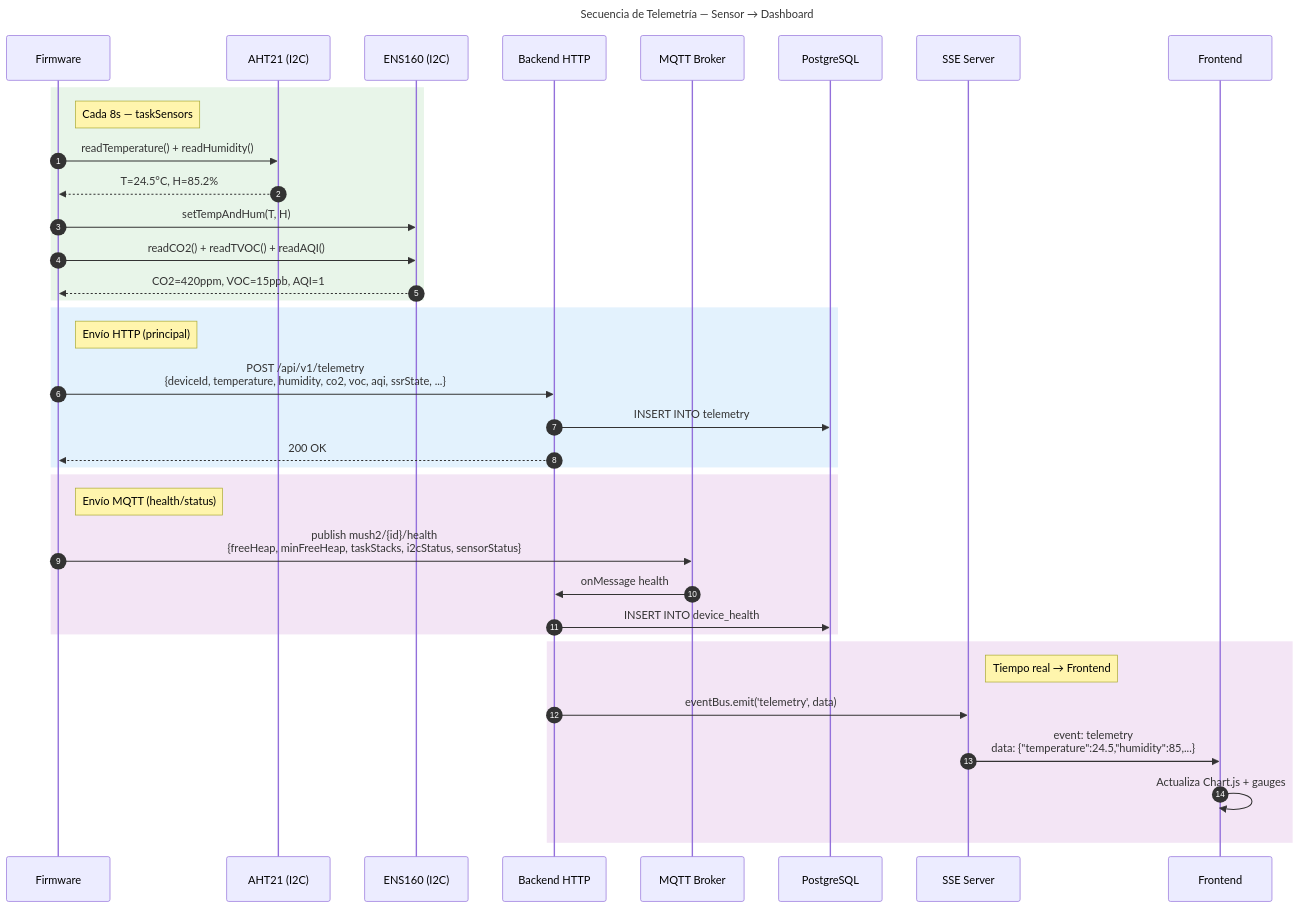
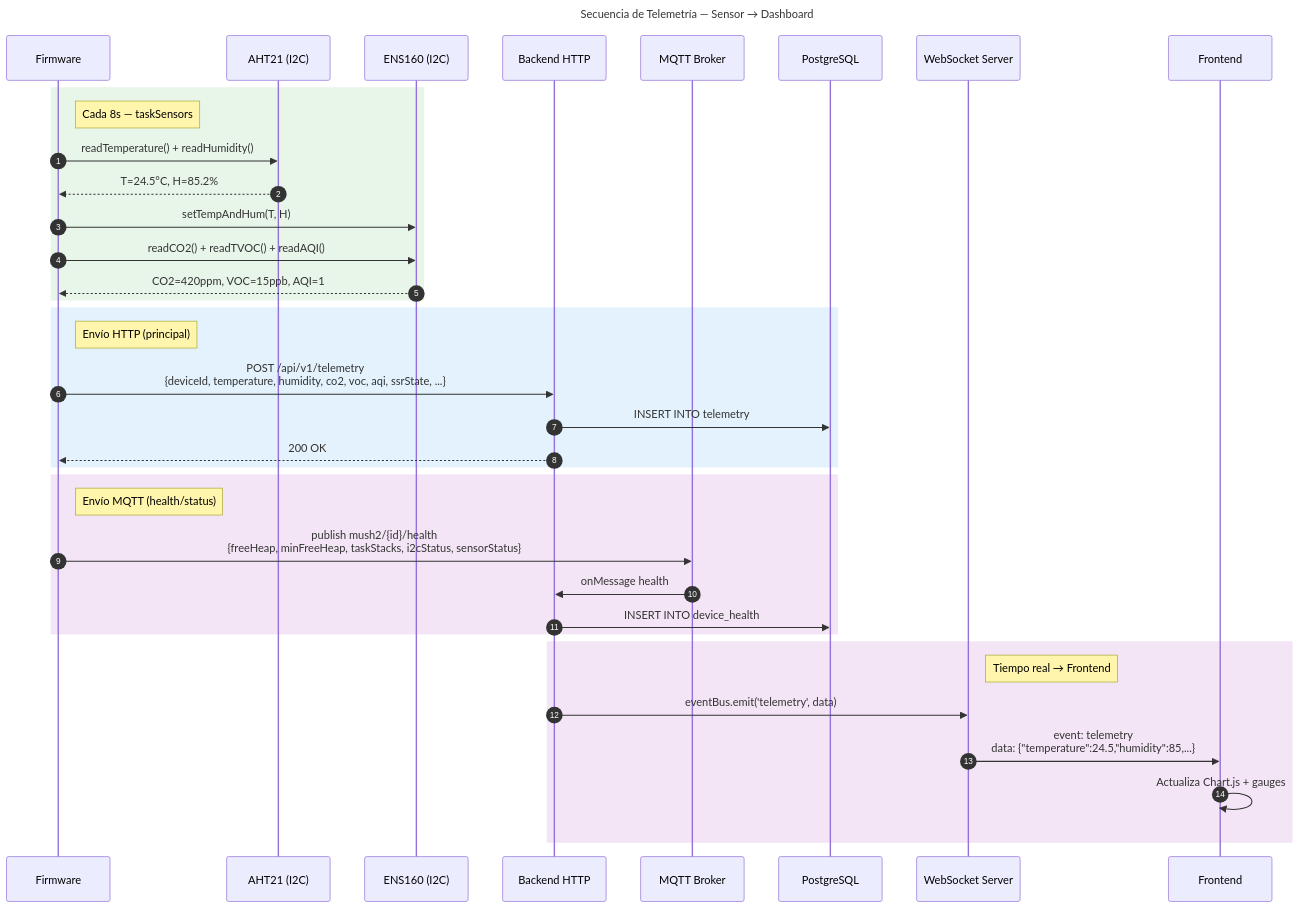
One commit to AlejandroMaturana/mush2 changed the diagram in docs/diagrams/sequence-telemetry.mmd. Above: the diagram before and after it, drawn with Mermaid. The commit also changed 10 other files, not shown here.

```diff
--- a/docs/diagrams/sequence-telemetry.mmd
+++ b/docs/diagrams/sequence-telemetry.mmd
@@ -1,43 +1,43 @@
 ---
 title: Secuencia de Telemetría — Sensor → Dashboard
 ---
 sequenceDiagram
     autonumber
     participant FW as Firmware
     participant AHT as AHT21 (I2C)
     participant ENS as ENS160 (I2C)
     participant HTTP as Backend HTTP
     participant MQTT as MQTT Broker
     participant DB as PostgreSQL
-    participant SSE as SSE Server
+    participant WS as WebSocket Server
     participant FE as Frontend
 
     rect rgb(232, 245, 233)
         Note right of FW: Cada 8s — taskSensors
         FW->>AHT: readTemperature() + readHumidity()
         AHT-->>FW: T=24.5°C, H=85.2%
         FW->>ENS: setTempAndHum(T, H)
         FW->>ENS: readCO2() + readTVOC() + readAQI()
         ENS-->>FW: CO2=420ppm, VOC=15ppb, AQI=1
     end
 
     rect rgb(227, 242, 253)
         Note right of FW: Envío HTTP (principal)
         FW->>HTTP: POST /api/v1/telemetry<br/>{deviceId, temperature, humidity, co2, voc, aqi, ssrState, ...}
         HTTP->>DB: INSERT INTO telemetry
         HTTP-->>FW: 200 OK
     end
 
     rect rgb(243, 229, 245)
         Note right of FW: Envío MQTT (health/status)
         FW->>MQTT: publish mush2/{id}/health<br/>{freeHeap, minFreeHeap, taskStacks, i2cStatus, sensorStatus}
         MQTT->>HTTP: onMessage health
         HTTP->>DB: INSERT INTO device_health
     end
 
     rect rgb(243, 229, 245)
-        Note right of SSE: Tiempo real → Frontend
-        HTTP->>SSE: eventBus.emit('telemetry', data)
-        SSE->>FE: event: telemetry<br/>data: {"temperature":24.5,"humidity":85,...}
+        Note right of WS: Tiempo real → Frontend
+        HTTP->>WS: eventBus.emit('telemetry', data)
+        WS->>FE: event: telemetry<br/>data: {"temperature":24.5,"humidity":85,...}
         FE->>FE: Actualiza Chart.js + gauges
     end
```
